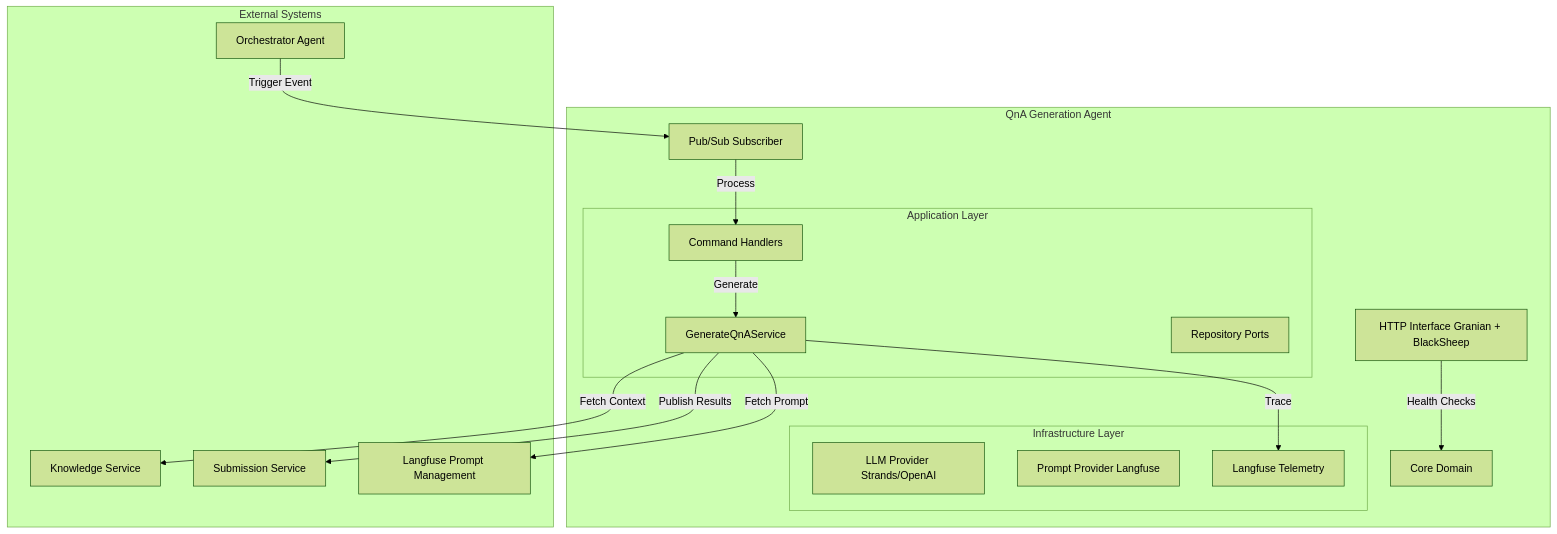
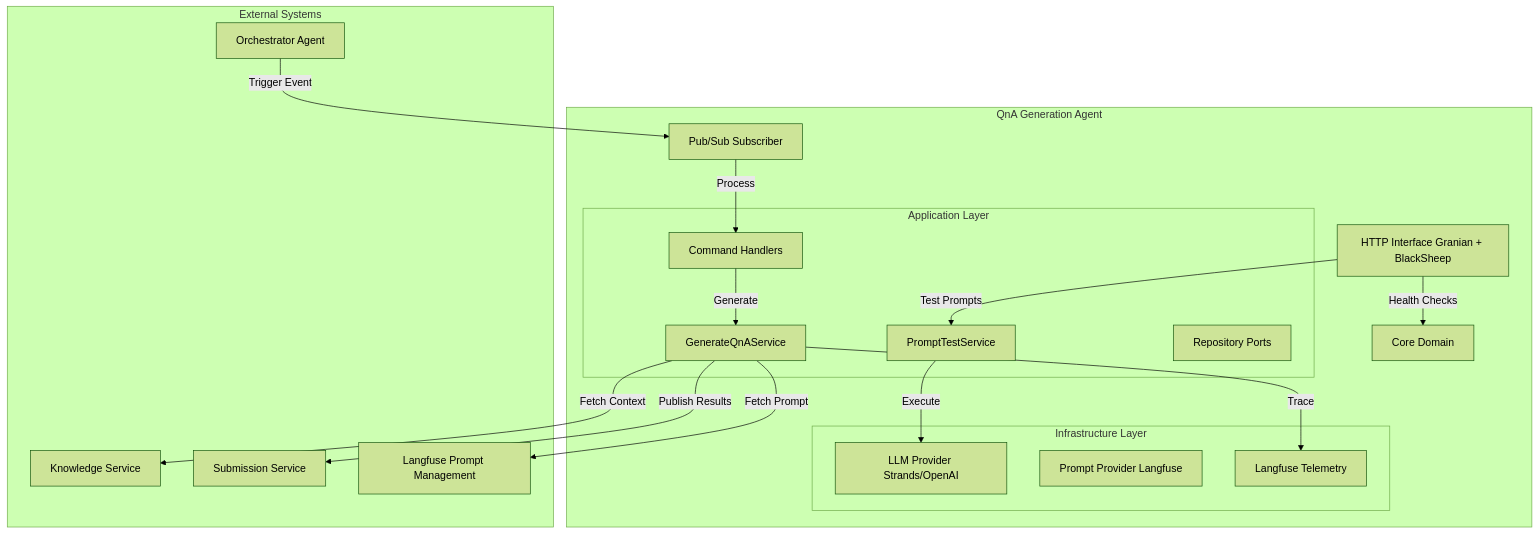
One commit to assessorflow/neo-qna-generation-agent changed the first of 3 diagrams in README.md. Above: the diagram before and after it, drawn with Mermaid (forest theme). The commit also changed other lines of this file and 51 other files, not shown here.

````diff
--- a/README.md
+++ b/README.md
@@ -11,36 +11,39 @@
 ```mermaid
 flowchart TB
     subgraph "External Systems"
         Orchestrator[Orchestrator Agent]
         Knowledge[Knowledge Service]
         Submission[Submission Service]
         Langfuse[Langfuse Prompt Management]
     end
 
     subgraph "QnA Generation Agent"
         HTTP[HTTP Interface Granian + BlackSheep]
         PubSub[Pub/Sub Subscriber]
         Core[Core Domain]
 
         subgraph "Application Layer"
             Commands[Command Handlers]
             Services[GenerateQnAService]
+            PromptTest[PromptTestService]
             Ports[Repository Ports]
         end
 
         subgraph "Infrastructure Layer"
             LLM[LLM Provider Strands/OpenAI]
             PromptProvider[Prompt Provider Langfuse]
             Telemetry[Langfuse Telemetry]
         end
     end
 
     Orchestrator -->|Trigger Event| PubSub
     PubSub -->|Process| Commands
     Commands -->|Generate| Services
     Services -->|Fetch Prompt| Langfuse
     Services -->|Fetch Context| Knowledge
     Services -->|Publish Results| Submission
     Services -->|Trace| Telemetry
     HTTP -->|Health Checks| Core
+    HTTP -->|Test Prompts| PromptTest
+    PromptTest -->|Execute| LLM
 ```
````
